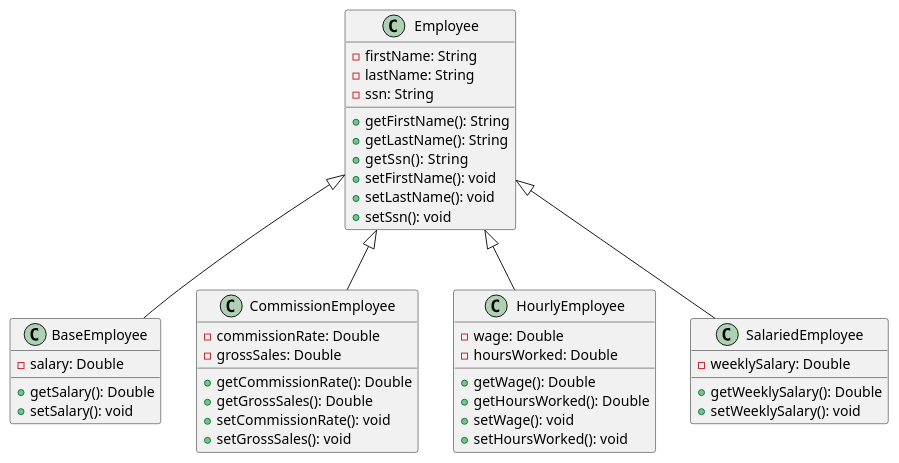
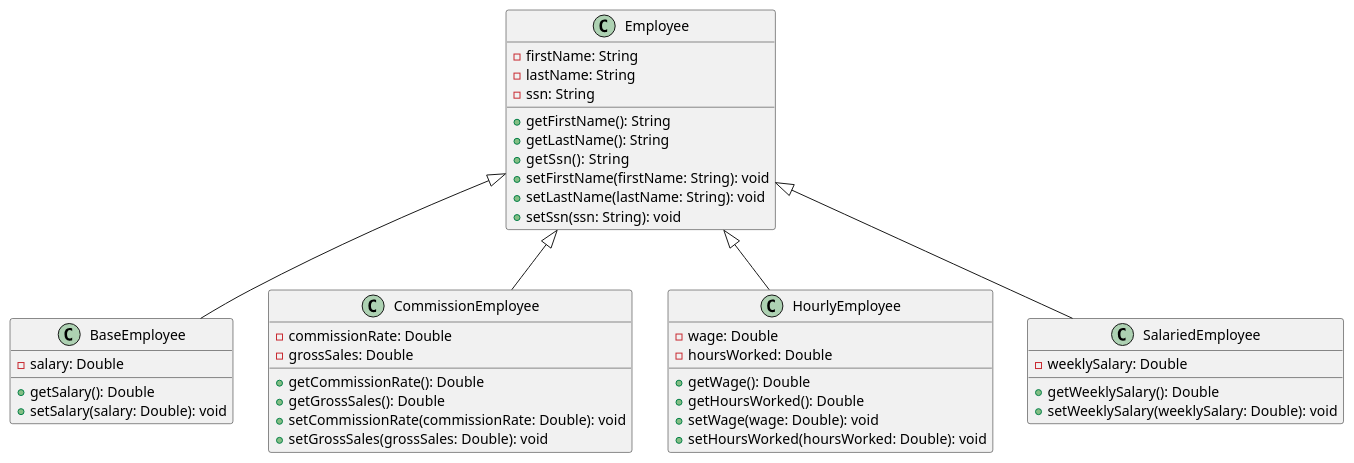
Before and after one commit to Jeremypo/CS_4800: the diagram in hw3/Employee.puml, drawn with PlantUML. The commit also changed 3 other files, not shown here.

Commit message:
completed class diagrams

```diff
--- a/hw3/Employee.puml
+++ b/hw3/Employee.puml
@@ -1,56 +1,56 @@
 @startuml
 'https://plantuml.com/class-diagram
 Employee <|-- BaseEmployee
 Employee <|-- CommissionEmployee
 Employee <|-- HourlyEmployee
 Employee <|-- SalariedEmployee
 
 class Employee{
     -firstName: String
     -lastName: String
     -ssn: String
 
     +getFirstName(): String
     +getLastName(): String
     +getSsn():  String
-    +setFirstName(): void
-    +setLastName(): void
-    +setSsn(): void
+    +setFirstName(firstName: String): void
+    +setLastName(lastName: String): void
+    +setSsn(ssn: String): void
 }
 
 class BaseEmployee{
     -salary: Double
 
     +getSalary(): Double
-    +setSalary(): void
+    +setSalary(salary: Double): void
 }
 
 class CommissionEmployee{
     -commissionRate: Double
     -grossSales: Double
 
     +getCommissionRate(): Double
     +getGrossSales(): Double
-    +setCommissionRate(): void
-    +setGrossSales(): void
+    +setCommissionRate(commissionRate: Double): void
+    +setGrossSales(grossSales: Double): void
 }
 
 class HourlyEmployee{
     -wage: Double
     -hoursWorked: Double
 
     +getWage(): Double
     +getHoursWorked(): Double
-    +setWage(): void
-    +setHoursWorked(): void
+    +setWage(wage: Double): void
+    +setHoursWorked(hoursWorked: Double): void
 }
 
 class SalariedEmployee{
     -weeklySalary: Double
 
     +getWeeklySalary(): Double
-    +setWeeklySalary(): void
+    +setWeeklySalary(weeklySalary: Double): void
 }
 
 
 @enduml
```
